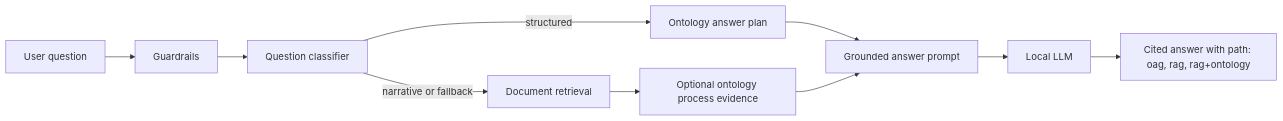
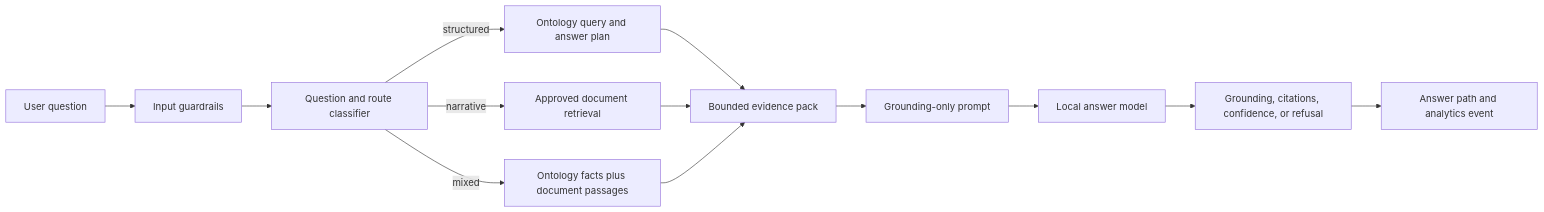
One commit to chriser/opsatlas changed the diagram in docs/architecture/05-RAG-Framework.md. Above: the diagram before and after it, drawn with Mermaid. The commit also changed other lines of this file and 4 other files, not shown here.

Commit message:
docs: align repository overview with final OpsAtlas architecture

````diff
--- a/docs/architecture/05-RAG-Framework.md
+++ b/docs/architecture/05-RAG-Framework.md
@@ -24,12 +16,15 @@
 ```mermaid
 flowchart LR
-  User["User question"] --> Guardrails["Guardrails"]
-  Guardrails --> Classifier["Question classifier"]
-  Classifier -->|structured| OAG["Ontology answer plan"]
-  Classifier -->|narrative or fallback| RAG["Document retrieval"]
-  OAG --> Prompt["Grounded answer prompt"]
-  RAG --> Hybrid["Optional ontology process evidence"]
-  Hybrid --> Prompt
-  Prompt --> LLM["Local LLM"]
-  LLM --> Answer["Cited answer with path: oag, rag, rag+ontology"]
+    Question["User question"] --> Guardrails["Input guardrails"]
+    Guardrails --> Classifier["Question and route classifier"]
+    Classifier -->|structured| OAG["Ontology query and answer plan"]
+    Classifier -->|narrative| RAG["Approved document retrieval"]
+    Classifier -->|mixed| Both["Ontology facts plus document passages"]
+    OAG --> Evidence["Bounded evidence pack"]
+    RAG --> Evidence
+    Both --> Evidence
+    Evidence --> Prompt["Grounding-only prompt"]
+    Prompt --> LLM["Local answer model"]
+    LLM --> Validate["Grounding, citations, confidence, or refusal"]
+    Validate --> Trace["Answer path and analytics event"]
 ```
````
